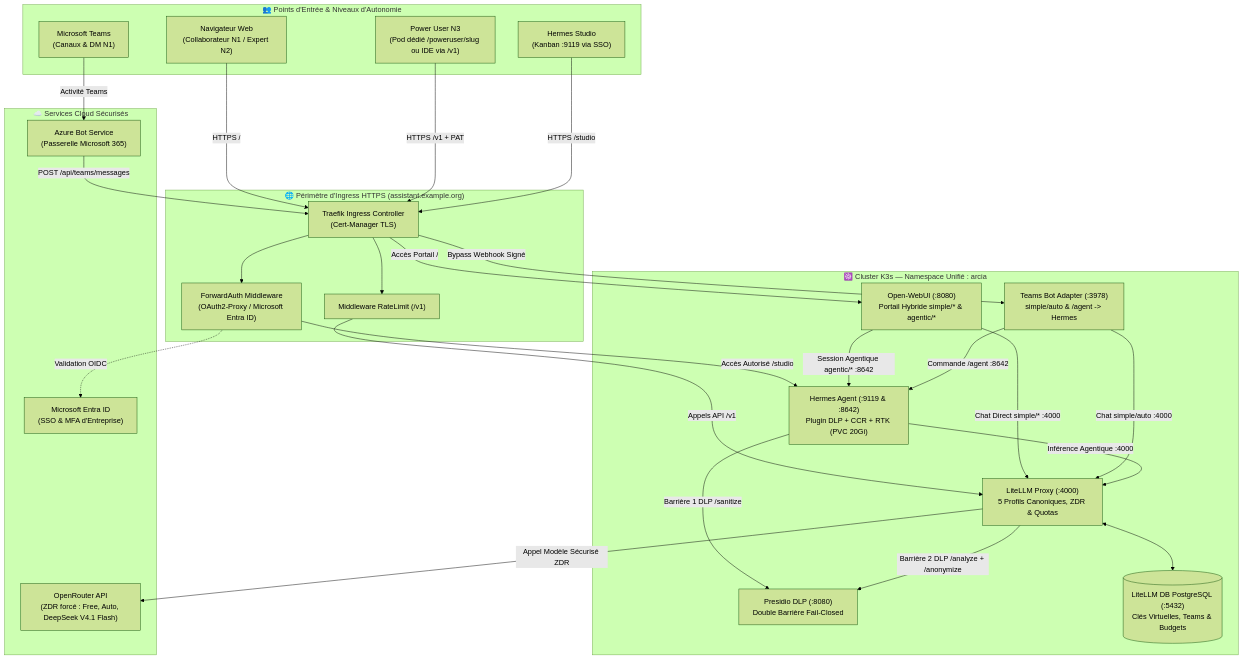
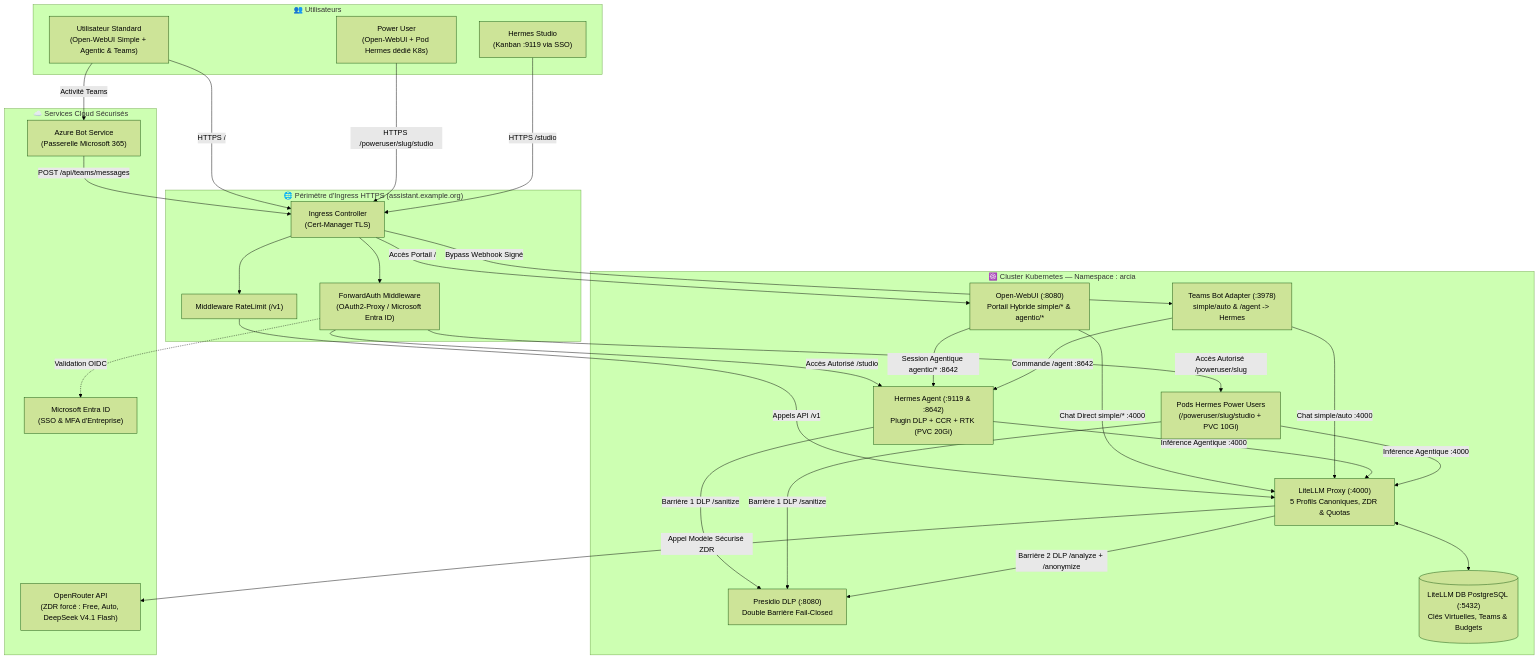
The diagram in README.md (nicolastheuil/ArcIA), drawn with Mermaid (forest theme) before and after one commit. The commit also changed other lines of this file and 20 other files, not shown here.

Commit message:
docs,scripts: simplify user profiles (standard vs poweruser), use root wizard & Spawn-PowerUser wrappers, and clean up README banner

````diff
--- a/README.md
+++ b/README.md
@@ -91,58 +88,61 @@
 ```mermaid
 flowchart TD
-    subgraph Clients ["👥 Points d'Entrée & Niveaux d'Autonomie"]
-        WebUser["Navigateur Web<br/>(Collaborateur N1 / Expert N2)"]
-        TeamsUser["Microsoft Teams<br/>(Canaux & DM N1)"]
-        PowerUser["Power User N3<br/>(Pod dédié /poweruser/slug ou IDE via /v1)"]
+    subgraph Clients ["👥 Utilisateurs"]
+        StdUser["Utilisateur Standard<br/>(Open-WebUI Simple + Agentic & Teams)"]
+        PowerUser["Power User<br/>(Open-WebUI + Pod Hermes dédié K8s)"]
         HermesDesk["Hermes Studio<br/>(Kanban :9119 via SSO)"]
     end
 
     subgraph IngressLayer ["🌐 Périmètre d'Ingress HTTPS (assistant.example.org)"]
-        Traefik["Traefik Ingress Controller<br/>(Cert-Manager TLS)"]
+        Traefik["Ingress Controller<br/>(Cert-Manager TLS)"]
         ForwardAuth["ForwardAuth Middleware<br/>(OAuth2-Proxy / Microsoft Entra ID)"]
         RateLimit["Middleware RateLimit (/v1)"]
     end
 
-    subgraph ArcIANamespace ["☸️ Cluster K3s — Namespace Unifié : arcia"]
+    subgraph ArcIANamespace ["☸️ Cluster Kubernetes — Namespace : arcia"]
         WebUI["Open-WebUI (:8080)<br/>Portail Hybride simple/* & agentic/*"]
         TeamsBot["Teams Bot Adapter (:3978)<br/>simple/auto & /agent -> Hermes"]
         HermesAgent["Hermes Agent (:9119 & :8642)<br/>Plugin DLP + CCR + RTK (PVC 20Gi)"]
+        HermesPU["Pods Hermes Power Users<br/>(/poweruser/slug/studio + PVC 10Gi)"]
         PresidioDLP["Presidio DLP (:8080)<br/>Double Barrière Fail-Closed"]
         LiteLLM["LiteLLM Proxy (:4000)<br/>5 Profils Canoniques, ZDR & Quotas"]
         LiteLLMDB[("LiteLLM DB PostgreSQL (:5432)<br/>Clés Virtuelles, Teams & Budgets")]
     end
 
     subgraph CloudLayer ["☁️ Services Cloud Sécurisés"]
         OpenRouter["OpenRouter API<br/>(ZDR forcé : Free, Auto, DeepSeek V4.1 Flash)"]
         EntraID["Microsoft Entra ID<br/>(SSO & MFA d'Entreprise)"]
         AzureBot["Azure Bot Service<br/>(Passerelle Microsoft 365)"]
     end
 
-    WebUser -->|HTTPS /| Traefik
-    PowerUser -->|HTTPS /v1 + PAT| Traefik
+    StdUser -->|HTTPS /| Traefik
+    PowerUser -->|HTTPS /poweruser/slug/studio| Traefik
     HermesDesk -->|HTTPS /studio| Traefik
-    TeamsUser -->|Activité Teams| AzureBot
+    StdUser -->|Activité Teams| AzureBot
     AzureBot -->|POST /api/teams/messages| Traefik
 
     Traefik --> ForwardAuth
     ForwardAuth -.->|Validation OIDC| EntraID
     ForwardAuth -->|Accès Autorisé /studio| HermesAgent
+    ForwardAuth -->|Accès Autorisé /poweruser/slug| HermesPU
 
     Traefik --> RateLimit
     RateLimit -->|Appels API /v1| LiteLLM
 
     Traefik -->|Accès Portail /| WebUI
     Traefik -->|Bypass Webhook Signé| TeamsBot
 
     WebUI -->|Chat Direct simple/* :4000| LiteLLM
     WebUI -->|Session Agentique agentic/* :8642| HermesAgent
     TeamsBot -->|Chat simple/auto :4000| LiteLLM
     TeamsBot -->|Commande /agent :8642| HermesAgent
 
     HermesAgent -->|Barrière 1 DLP /sanitize| PresidioDLP
     HermesAgent -->|Inférence Agentique :4000| LiteLLM
+    HermesPU -->|Barrière 1 DLP /sanitize| PresidioDLP
+    HermesPU -->|Inférence Agentique :4000| LiteLLM
 
     LiteLLM <--> LiteLLMDB
     LiteLLM -->|Barrière 2 DLP /analyze + /anonymize| PresidioDLP
     LiteLLM -->|Appel Modèle Sécurisé ZDR| OpenRouter
 ```
````
